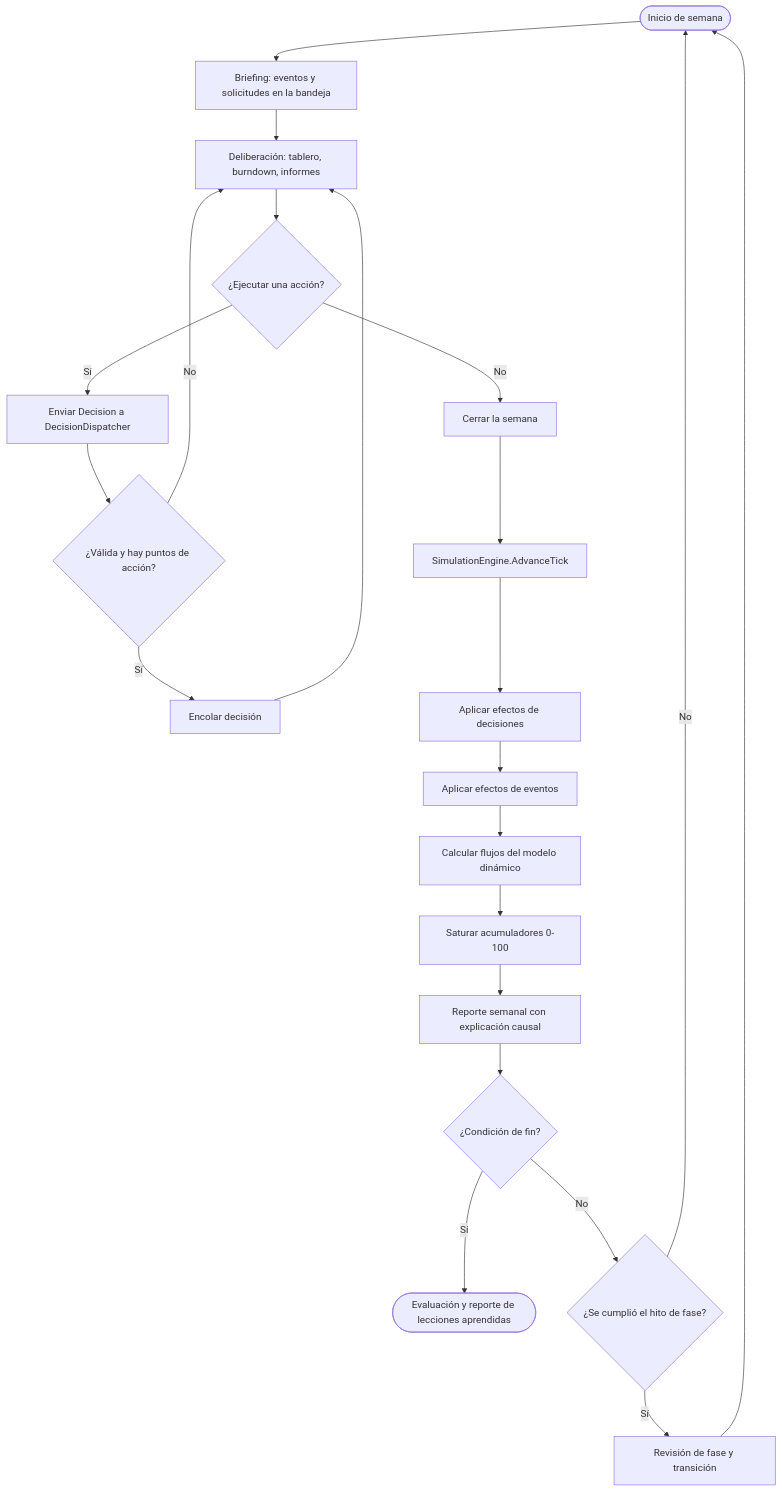
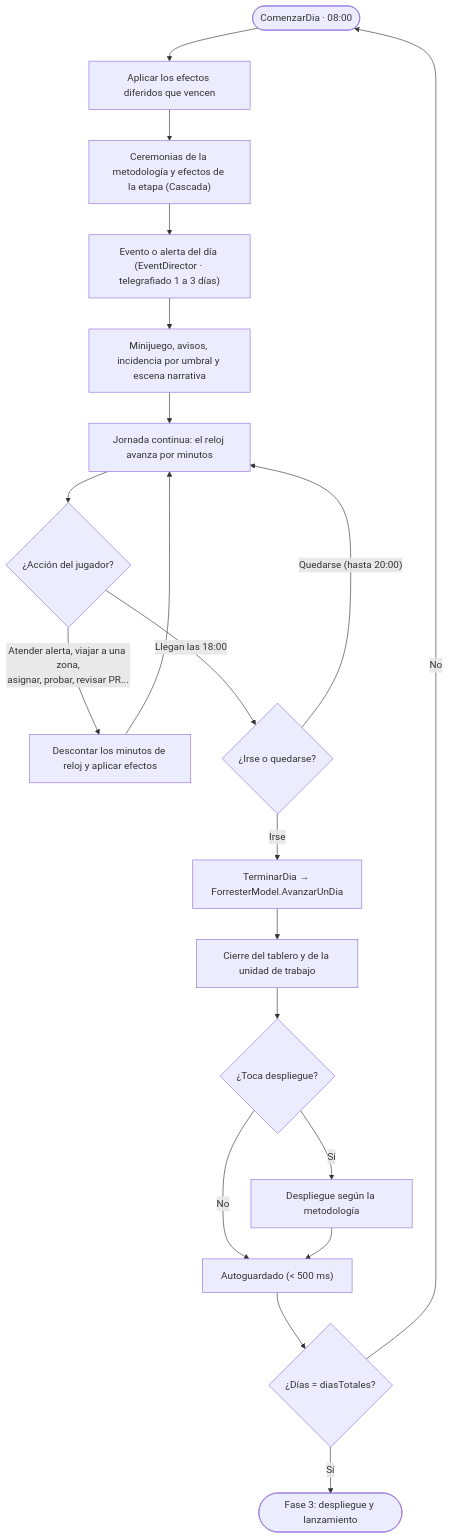
Before and after one commit to alejandropdev/trabajo-de-grado: the diagram in docs/02-diseno/diagramas/03-ciclo-de-turno.mmd, drawn with Mermaid. The commit also changed 24 other files, not shown here.

Commit message:
feat(Pantallas y docs): Pantallas con reinicio de nivel y opciones, ci.yml modificado para que realice las validaciones actualizadas y versiones iniciales de diagramas

```diff
--- a/docs/02-diseno/diagramas/03-ciclo-de-turno.mmd
+++ b/docs/02-diseno/diagramas/03-ciclo-de-turno.mmd
@@ -1,22 +1,20 @@
 flowchart TD
-    A([Inicio de semana]) --> B[Briefing: eventos y solicitudes en la bandeja]
-    B --> C[Deliberación: tablero, burndown, informes]
-    C --> D{¿Ejecutar una acción?}
-    D -- Sí --> E[Enviar Decision a DecisionDispatcher]
-    E --> F{¿Válida y hay puntos de acción?}
-    F -- No --> C
-    F -- Sí --> G[Encolar decisión]
-    G --> C
-    D -- No --> H[Cerrar la semana]
-    H --> I[SimulationEngine.AdvanceTick]
-    I --> J[Aplicar efectos de decisiones]
-    J --> K[Aplicar efectos de eventos]
-    K --> L[Calcular flujos del modelo dinámico]
-    L --> M[Saturar acumuladores 0-100]
-    M --> N[Reporte semanal con explicación causal]
-    N --> O{¿Condición de fin?}
-    O -- Sí --> P([Evaluación y reporte de lecciones aprendidas])
-    O -- No --> Q{¿Se cumplió el hito de fase?}
-    Q -- Sí --> R[Revisión de fase y transición]
-    R --> A
-    Q -- No --> A
+    A(["ComenzarDia · 08:00"]) --> B[Aplicar los efectos diferidos que vencen]
+    B --> C["Ceremonias de la metodología y efectos de la etapa (Cascada)"]
+    C --> D["Evento o alerta del día (EventDirector · telegrafiado 1 a 3 días)"]
+    D --> E[Minijuego, avisos, incidencia por umbral y escena narrativa]
+    E --> F["Jornada continua: el reloj avanza por minutos"]
+    F --> G{"¿Acción del jugador?"}
+    G -- "Atender alerta, viajar a una zona,<br/>asignar, probar, revisar PR..." --> H[Descontar los minutos de reloj y aplicar efectos]
+    H --> F
+    G -- "Llegan las 18:00" --> I{"¿Irse o quedarse?"}
+    I -- "Quedarse (hasta 20:00)" --> F
+    I -- Irse --> J["TerminarDia → ForresterModel.AvanzarUnDia"]
+    J --> K[Cierre del tablero y de la unidad de trabajo]
+    K --> L{"¿Toca despliegue?"}
+    L -- Sí --> M[Despliegue según la metodología]
+    L -- No --> N
+    M --> N["Autoguardado (< 500 ms)"]
+    N --> O{"¿Días = diasTotales?"}
+    O -- No --> A
+    O -- Sí --> P(["Fase 3: despliegue y lanzamiento"])
```
